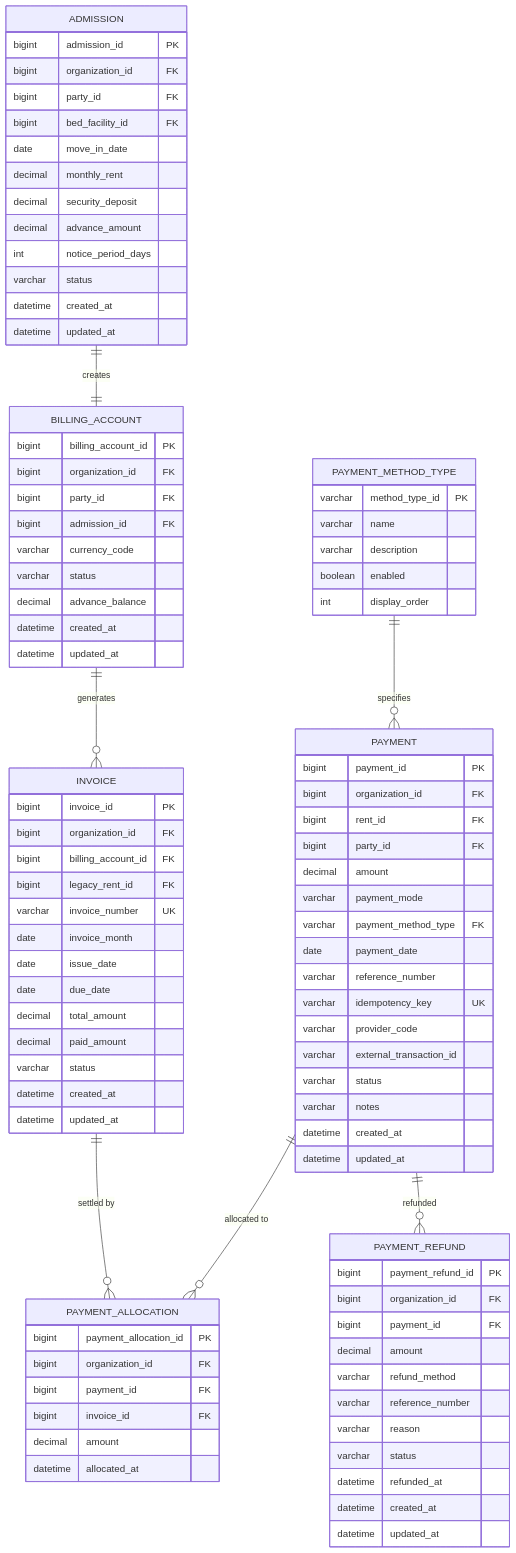
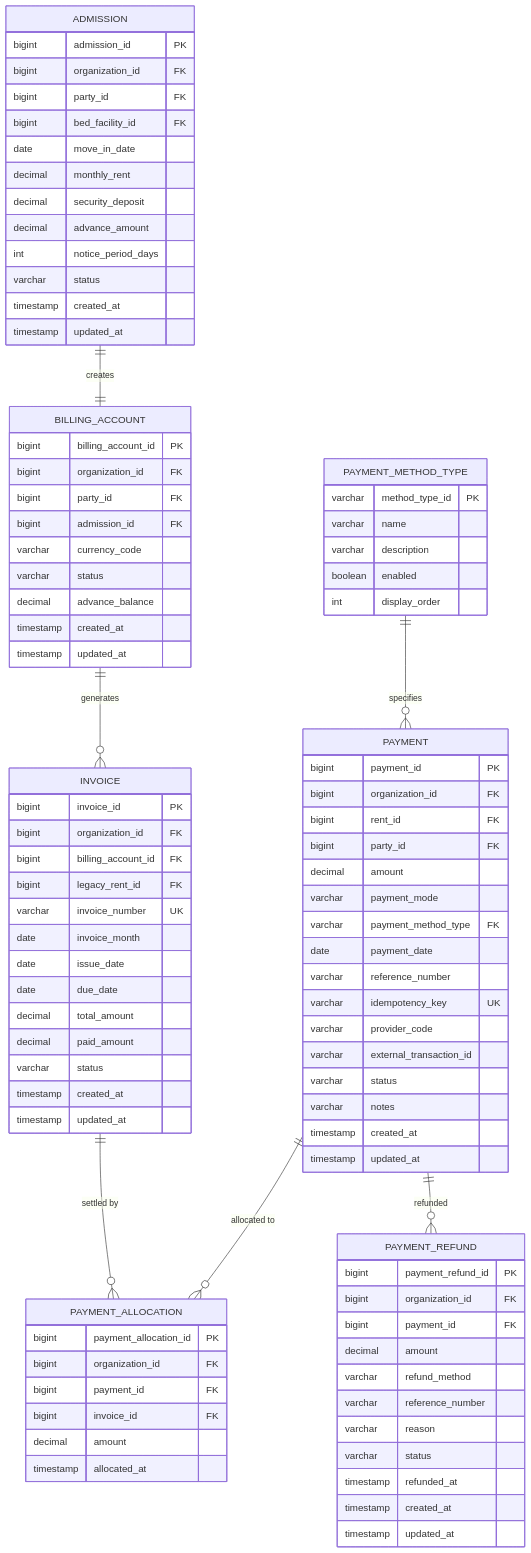
One commit to MY-PG-MANAGEMENT/PGHOSTEL changed the diagram in docs/er/payment-billing-enhancement.mmd. Above: the diagram before and after it, drawn with Mermaid. The commit also changed 102 other files, not shown here.

```diff
--- a/docs/er/payment-billing-enhancement.mmd
+++ b/docs/er/payment-billing-enhancement.mmd
@@ -1,100 +1,100 @@
 erDiagram
     PAYMENT_METHOD_TYPE ||--o{ PAYMENT : "specifies"
     PAYMENT ||--o{ PAYMENT_ALLOCATION : "allocated to"
     PAYMENT ||--o{ PAYMENT_REFUND : "refunded"
     INVOICE ||--o{ PAYMENT_ALLOCATION : "settled by"
     BILLING_ACCOUNT ||--o{ INVOICE : "generates"
     ADMISSION ||--|| BILLING_ACCOUNT : "creates"
 
     PAYMENT_METHOD_TYPE {
         varchar method_type_id PK
         varchar name
         varchar description
         boolean enabled
         int display_order
     }
 
     PAYMENT {
         bigint payment_id PK
         bigint organization_id FK
         bigint rent_id FK
         bigint party_id FK
         decimal amount
         varchar payment_mode
         varchar payment_method_type FK
         date payment_date
         varchar reference_number
         varchar idempotency_key UK
         varchar provider_code
         varchar external_transaction_id
         varchar status
         varchar notes
-        datetime created_at
-        datetime updated_at
+        timestamp created_at
+        timestamp updated_at
     }
 
     PAYMENT_ALLOCATION {
         bigint payment_allocation_id PK
         bigint organization_id FK
         bigint payment_id FK
         bigint invoice_id FK
         decimal amount
-        datetime allocated_at
+        timestamp allocated_at
     }
 
     PAYMENT_REFUND {
         bigint payment_refund_id PK
         bigint organization_id FK
         bigint payment_id FK
         decimal amount
         varchar refund_method
         varchar reference_number
         varchar reason
         varchar status
-        datetime refunded_at
-        datetime created_at
-        datetime updated_at
+        timestamp refunded_at
+        timestamp created_at
+        timestamp updated_at
     }
 
     INVOICE {
         bigint invoice_id PK
         bigint organization_id FK
         bigint billing_account_id FK
         bigint legacy_rent_id FK
         varchar invoice_number UK
         date invoice_month
         date issue_date
         date due_date
         decimal total_amount
         decimal paid_amount
         varchar status
-        datetime created_at
-        datetime updated_at
+        timestamp created_at
+        timestamp updated_at
     }
 
     BILLING_ACCOUNT {
         bigint billing_account_id PK
         bigint organization_id FK
         bigint party_id FK
         bigint admission_id FK
         varchar currency_code
         varchar status
         decimal advance_balance
-        datetime created_at
-        datetime updated_at
+        timestamp created_at
+        timestamp updated_at
     }
 
     ADMISSION {
         bigint admission_id PK
         bigint organization_id FK
         bigint party_id FK
         bigint bed_facility_id FK
         date move_in_date
         decimal monthly_rent
         decimal security_deposit
         decimal advance_amount
         int notice_period_days
         varchar status
-        datetime created_at
-        datetime updated_at
+        timestamp created_at
+        timestamp updated_at
     }
```
